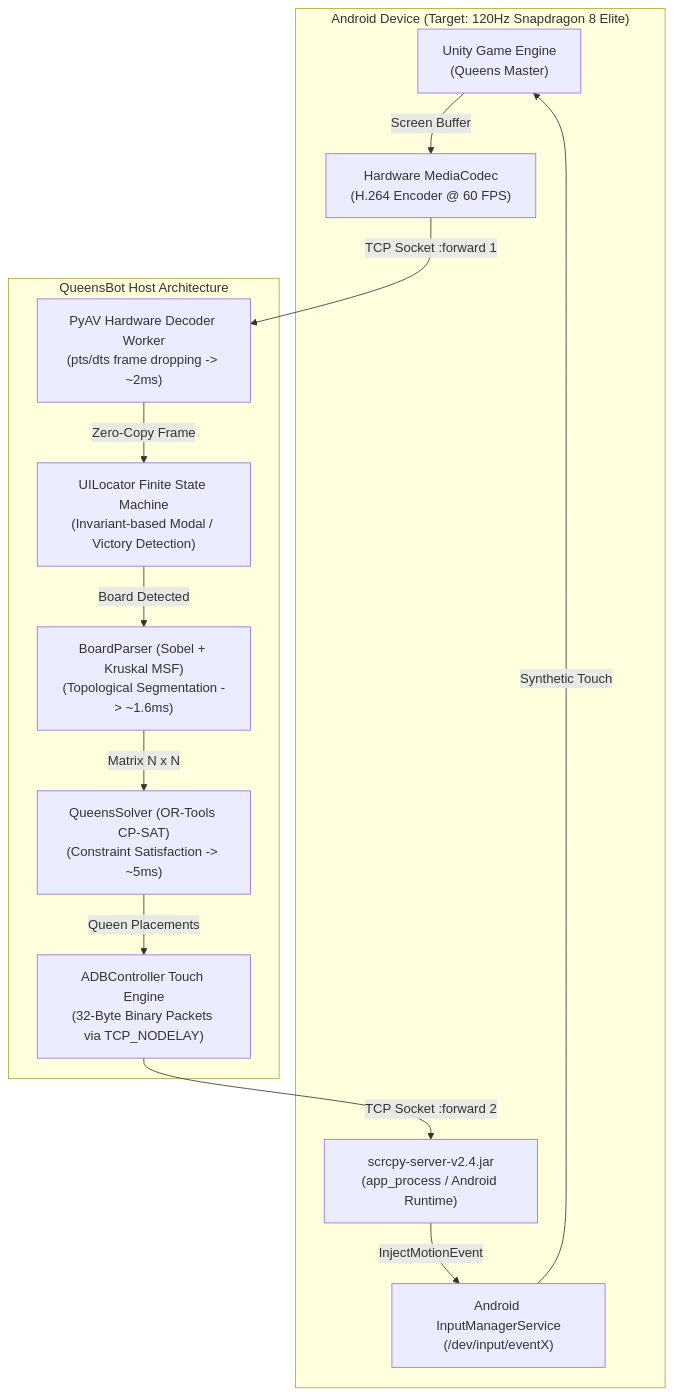
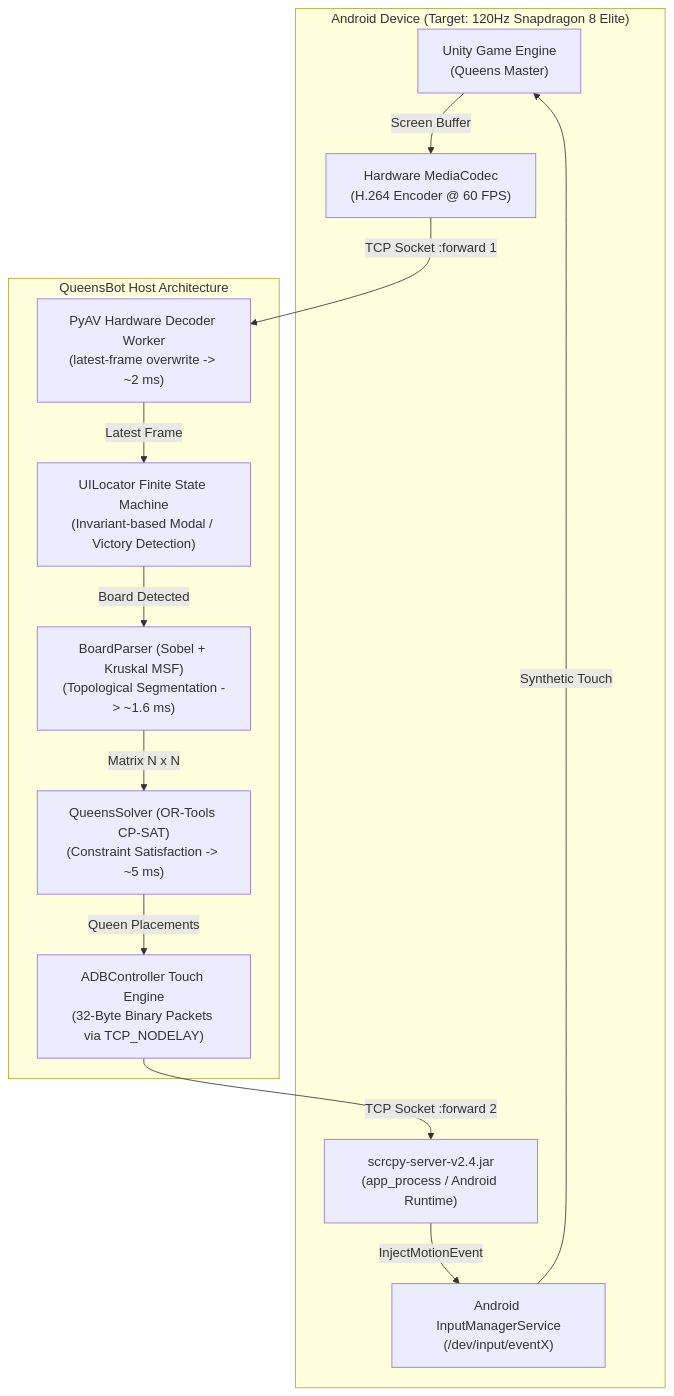
One commit to Bileneret/QueensBot changed the diagram in README.md. Above: the diagram before and after it, drawn with Mermaid. The commit also changed other lines of this file and 4 other files, not shown here.

````diff
--- a/README.md
+++ b/README.md
@@ -43,27 +44,27 @@
 ```mermaid
 flowchart TD
     subgraph Android_Device ["Android Device (Target: 120Hz Snapdragon 8 Elite)"]
-        GLES["Unity Game Engine\n(Queens Master)"]
-        SRV["scrcpy-server-v2.4.jar\n(app_process / Android Runtime)"]
-        IMS["Android InputManagerService\n(/dev/input/eventX)"]
-        ENC["Hardware MediaCodec\n(H.264 Encoder @ 60 FPS)"]
+        GLES["Unity Game Engine<br/>(Queens Master)"]
+        SRV["scrcpy-server-v2.4.jar<br/>(app_process / Android Runtime)"]
+        IMS["Android InputManagerService<br/>(/dev/input/eventX)"]
+        ENC["Hardware MediaCodec<br/>(H.264 Encoder @ 60 FPS)"]
     end
 
     subgraph Host_Pipeline ["QueensBot Host Architecture"]
-        DEC["PyAV Hardware Decoder Worker\n(pts/dts frame dropping -> ~2ms)"]
-        CV["BoardParser (Sobel + Kruskal MSF)\n(Topological Segmentation -> ~1.6ms)"]
-        SAT["QueensSolver (OR-Tools CP-SAT)\n(Constraint Satisfaction -> ~5ms)"]
-        CTRL["ADBController Touch Engine\n(32-Byte Binary Packets via TCP_NODELAY)"]
-        UI["UILocator Finite State Machine\n(Invariant-based Modal / Victory Detection)"]
+        DEC["PyAV Hardware Decoder Worker<br/>(latest-frame overwrite -> ~2 ms)"]
+        CV["BoardParser (Sobel + Kruskal MSF)<br/>(Topological Segmentation -> ~1.6 ms)"]
+        SAT["QueensSolver (OR-Tools CP-SAT)<br/>(Constraint Satisfaction -> ~5 ms)"]
+        CTRL["ADBController Touch Engine<br/>(32-Byte Binary Packets via TCP_NODELAY)"]
+        UI["UILocator Finite State Machine<br/>(Invariant-based Modal / Victory Detection)"]
     end
 
     GLES -->|Screen Buffer| ENC
     ENC -->|TCP Socket :forward 1| DEC
-    DEC -->|Zero-Copy Frame| UI
+    DEC -->|Latest Frame| UI
     UI -->|Board Detected| CV
     CV -->|Matrix N x N| SAT
     SAT -->|Queen Placements| CTRL
     CTRL -->|TCP Socket :forward 2| SRV
     SRV -->|InjectMotionEvent| IMS
     IMS -->|Synthetic Touch| GLES
 ```
````
